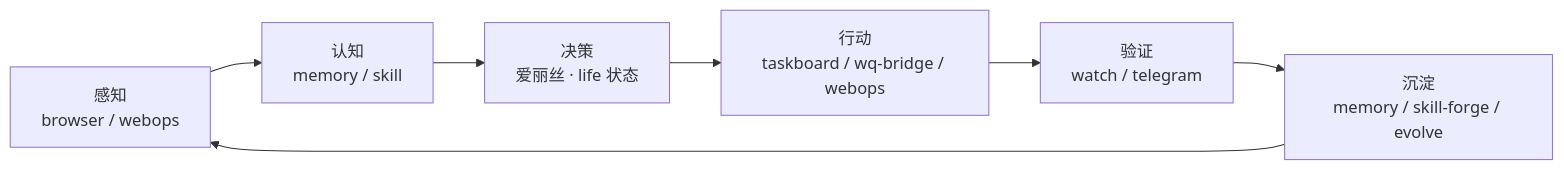
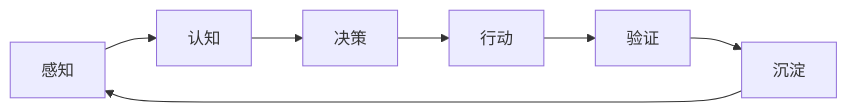
Before and after one commit to jonah791/alice-digital-life: the second of 2 diagrams in README.md, drawn with Mermaid. The commit also changed other lines of this file, not shown here.

Commit message:
docs: 架构图瘦身——骨架图一眼看清，插件细节表格化

````diff
--- a/README.md
+++ b/README.md
@@ -61,9 +30,4 @@
 ```mermaid
-flowchart LR
-    A["感知<br/>browser / webops"] --> B["认知<br/>memory / skill"]
-    B --> C["决策<br/>爱丽丝 · life 状态"]
-    C --> D["行动<br/>taskboard / wq-bridge / webops"]
-    D --> E["验证<br/>watch / telegram"]
-    E --> F["沉淀<br/>memory / skill-forge / evolve"]
-    F --> A
+graph LR
+    A[感知] --> B[认知] --> C[决策] --> D[行动] --> E[验证] --> F[沉淀] --> A
 ```
````
